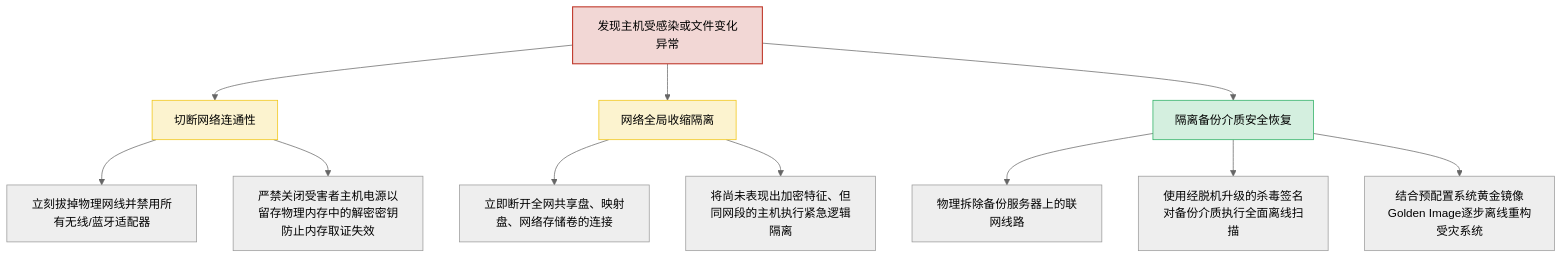
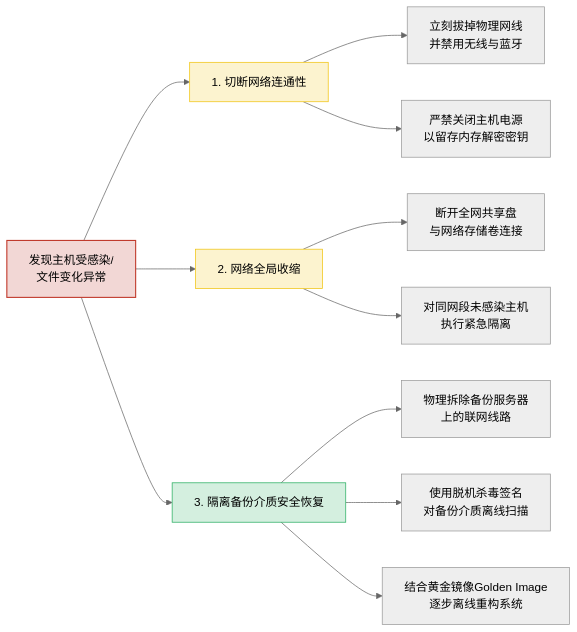
Before and after one commit to Bo331/power-data-breach-literature: the third of 3 diagrams in 05_正式资料原文/02_AI提取与汇编/02_DarkSide勒索软件_防止业务中断最佳实践_深度精读.md, drawn with Mermaid (neutral theme).

Commit message:
style: optimize DarkSide emergency playbook diagram layout to LR to prevent crowding

````diff
--- a/05_正式资料原文/02_AI提取与汇编/02_DarkSide勒索软件_防止业务中断最佳实践_深度精读.md
+++ b/05_正式资料原文/02_AI提取与汇编/02_DarkSide勒索软件_防止业务中断最佳实践_深度精读.md
@@ -89,20 +89,20 @@
 ```mermaid
-graph TD
-    A[发现主机受感染或文件变化异常] --> B[切断网络连通性]
-    B --> B1[立刻拔掉物理网线并禁用所有无线/蓝牙适配器]
-    B --> B2[严禁关闭受害者主机电源以留存物理内存中的解密密钥\n防止内存取证失效]
+graph LR
+    A[发现主机受感染/<br/>文件变化异常] --> B[1. 切断网络连通性]
+    B --> B1[立刻拔掉物理网线<br/>并禁用无线与蓝牙]
+    B --> B2[严禁关闭主机电源<br/>以留存内存解密密钥]
     
-    A --> C[网络全局收缩隔离]
-    C --> C1[立即断开全网共享盘、映射盘、网络存储卷的连接]
-    C --> C2[将尚未表现出加密特征、但同网段的主机执行紧急逻辑隔离]
+    A --> C[2. 网络全局收缩]
+    C --> C1[断开全网共享盘<br/>与网络存储卷连接]
+    C --> C2[对同网段未感染主机<br/>执行紧急隔离]
     
-    A --> D[隔离备份介质安全恢复]
-    D --> D1[物理拆除备份服务器上的联网线路]
-    D --> D2[使用经脱机升级的杀毒签名对备份介质执行全面离线扫描]
-    D --> D3[结合预配置系统黄金镜像Golden Image逐步离线重构受灾系统]
+    A --> D[3. 隔离备份介质安全恢复]
+    D --> D1[物理拆除备份服务器<br/>上的联网线路]
+    D --> D2[使用脱机杀毒签名<br/>对备份介质离线扫描]
+    D --> D3[结合黄金镜像Golden Image<br/>逐步离线重构系统]
 
     style A fill:#f2d7d5,stroke:#c0392b,stroke-width:1.5px
     style B fill:#fcf3cf,stroke:#f1c40f,stroke-width:1px
     style C fill:#fcf3cf,stroke:#f1c40f,stroke-width:1px
     style D fill:#d4efdf,stroke:#27ae60,stroke-width:1px
 ```
````
